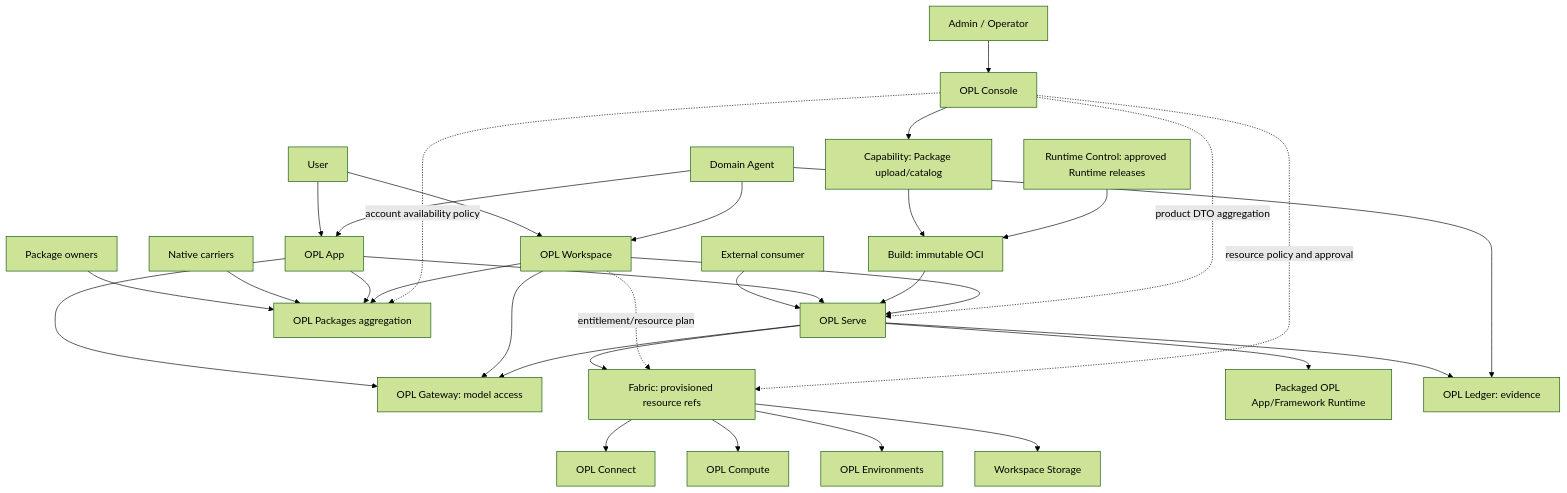
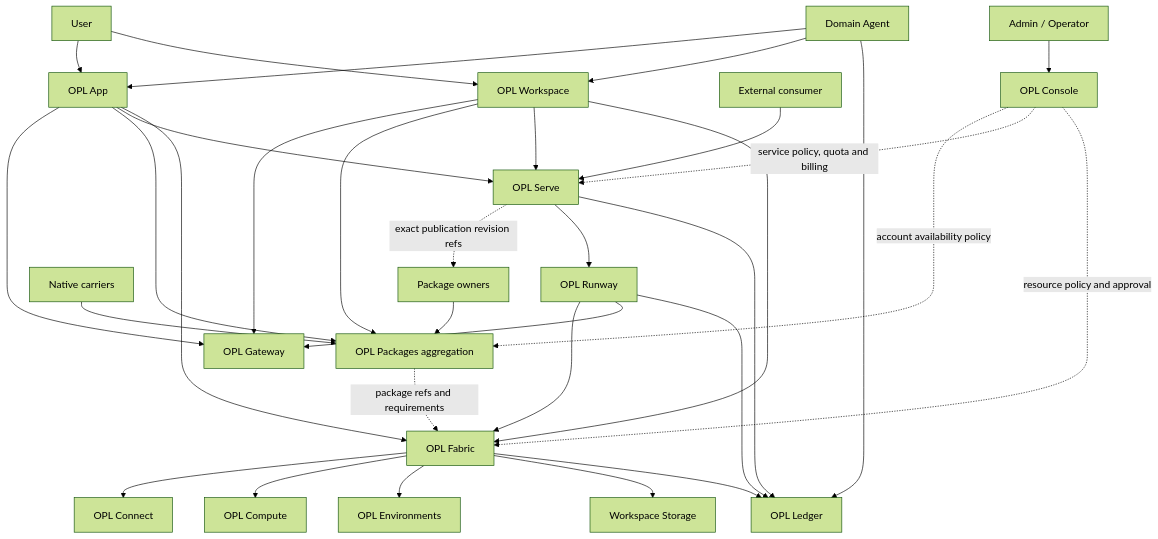
Before and after one commit to gaofeng21cn/one-person-lab-cloud: the diagram in docs/architecture.md, drawn with Mermaid (forest theme). The commit also changed other lines of this file and 120 other files, not shown here.

````diff
--- a/docs/architecture.md
+++ b/docs/architecture.md
@@ -229,38 +170,39 @@
 ```mermaid
 flowchart TB
   User[User] --> App[OPL App]
   User --> Workspace[OPL Workspace]
   Consumer[External consumer] --> Serve[OPL Serve]
   Admin[Admin / Operator] --> Console[OPL Console]
   Domain[Domain Agent] --> App
   Domain --> Workspace
 
   App --> Gateway[OPL Gateway]
   Workspace --> Gateway
   Owners[Package owners] --> Packages[OPL Packages aggregation]
   Carriers[Native carriers] --> Packages
   App --> Packages
   Workspace --> Packages
   Console -. account availability policy .-> Packages
 
   App --> Serve
-  Console --> Capability[Capability: Package upload/catalog]
-  Capability --> Build[Build: immutable OCI]
-  RuntimeControl[Runtime Control: approved Runtime releases] --> Build
-  Build --> Serve
   Workspace --> Serve
-  Serve --> Fabric[Fabric: provisioned resource refs]
-  Serve --> AgentRuntime[Packaged OPL App/Framework Runtime]
-  Console -. product DTO aggregation .-> Serve
+  Console -. service policy, quota and billing .-> Serve
+  Serve -. exact publication revision refs .-> Owners
+  Serve --> Runway[OPL Runway]
 
-  Workspace -. entitlement/resource plan .-> Fabric
+  App --> Fabric[OPL Fabric]
+  Workspace --> Fabric
   Console -. resource policy and approval .-> Fabric
-  Serve --> Gateway[OPL Gateway: model access]
-  Serve --> Ledger[OPL Ledger: evidence]
+  Packages -. package refs and requirements .-> Fabric
+  Runway --> Fabric
+  Runway --> Gateway
 
   Fabric --> Connect[OPL Connect]
   Fabric --> Compute[OPL Compute]
   Fabric --> Environments[OPL Environments]
   Fabric --> Storage[Workspace Storage]
+  Fabric --> Ledger[OPL Ledger]
+  Runway --> Ledger
+  Serve --> Ledger
   Domain --> Ledger
 ```
````
